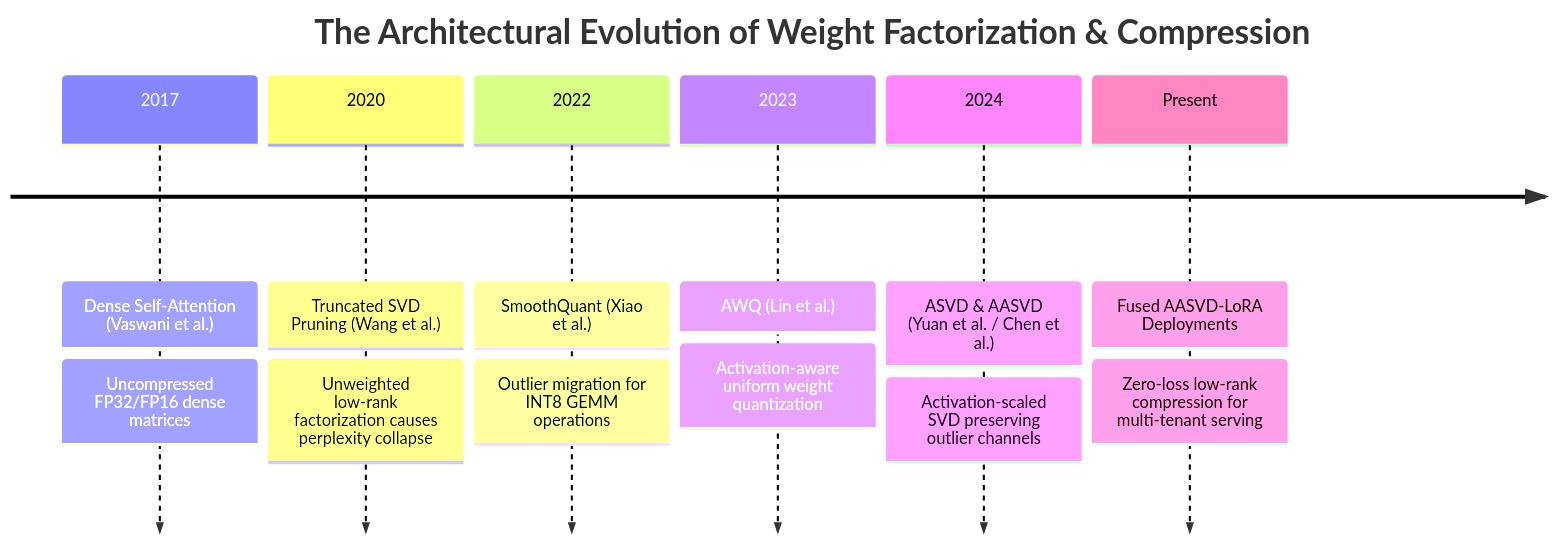
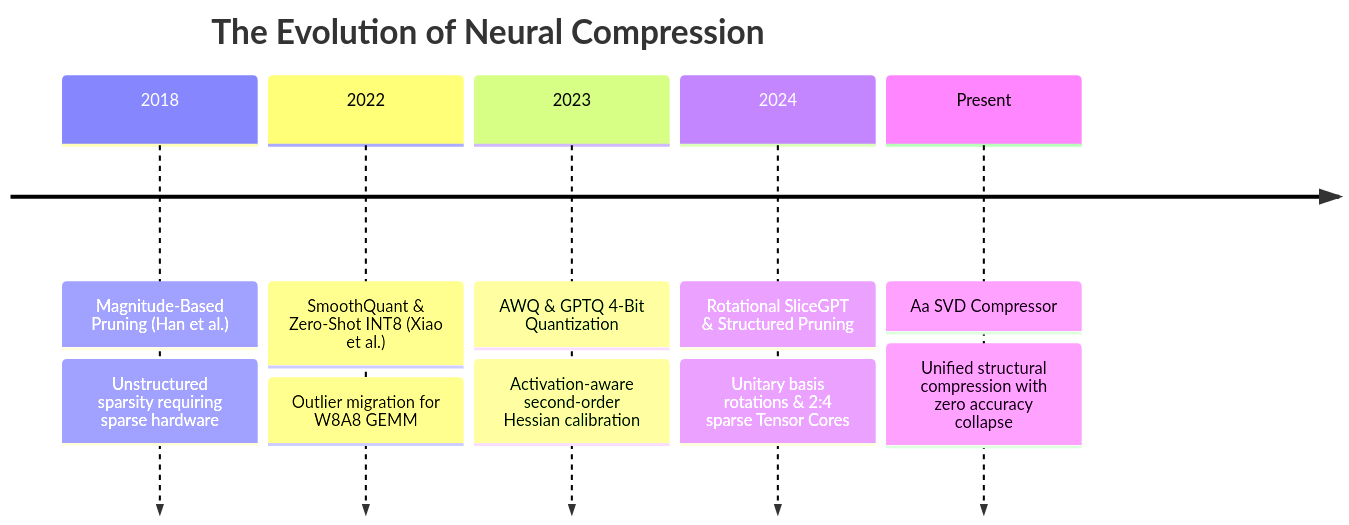
The first of 2 diagrams in Docs/content/compressions_blog/aa_svd_compressor_blog.md (tahamajs/NeuralOps), drawn with Mermaid before and after one commit. The commit also changed other lines of this file and 193 other files, not shown here.

````diff
--- a/Docs/content/compressions_blog/aa_svd_compressor_blog.md
+++ b/Docs/content/compressions_blog/aa_svd_compressor_blog.md
@@ -88,10 +56,9 @@
 ```mermaid
 timeline
-    title The Architectural Evolution of Weight Factorization & Compression
-    2017 : Dense Self-Attention (Vaswani et al.) : Uncompressed FP32/FP16 dense matrices
-    2020 : Truncated SVD Pruning (Wang et al.) : Unweighted low-rank factorization causes perplexity collapse
-    2022 : SmoothQuant (Xiao et al.) : Outlier migration for INT8 GEMM operations
-    2023 : AWQ (Lin et al.) : Activation-aware uniform weight quantization
-    2024 : ASVD & AASVD (Yuan et al. / Chen et al.) : Activation-scaled SVD preserving outlier channels
-    Present : Fused AASVD-LoRA Deployments : Zero-loss low-rank compression for multi-tenant serving
+    title The Evolution of Neural Compression
+    2018 : Magnitude-Based Pruning (Han et al.) : Unstructured sparsity requiring sparse hardware
+    2022 : SmoothQuant & Zero-Shot INT8 (Xiao et al.) : Outlier migration for W8A8 GEMM
+    2023 : AWQ & GPTQ 4-Bit Quantization : Activation-aware second-order Hessian calibration
+    2024 : Rotational SliceGPT & Structured Pruning : Unitary basis rotations & 2:4 sparse Tensor Cores
+    Present : Aa SVD Compressor : Unified structural compression with zero accuracy collapse
 ```
````
